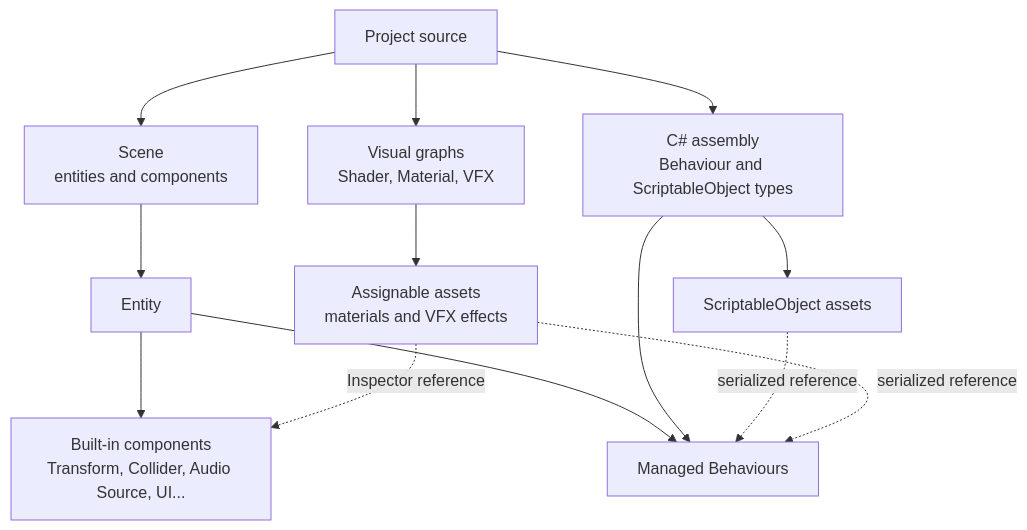
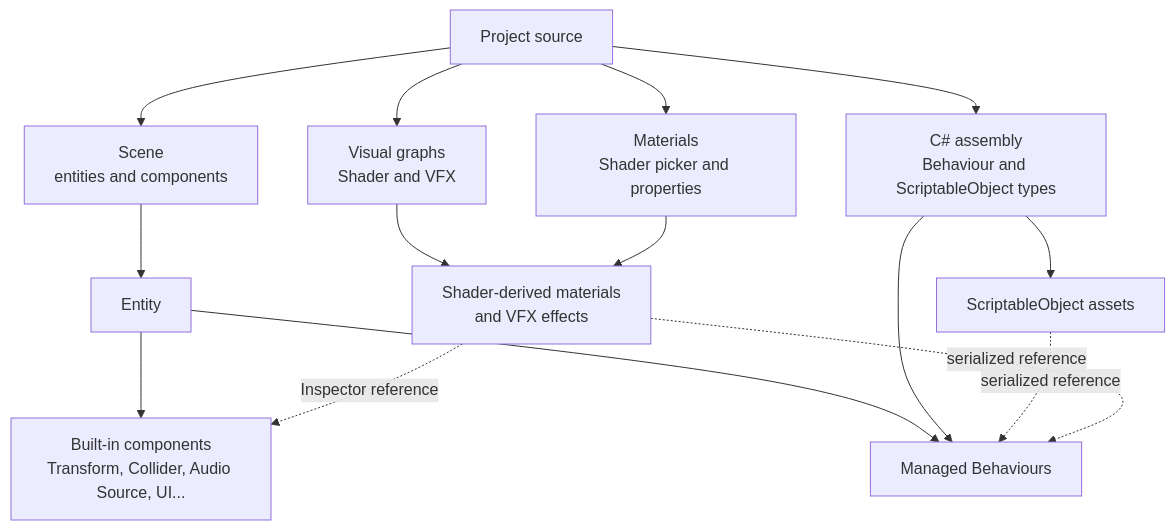
Before and after one commit to hcfgod/KeireEngine: the second of 6 diagrams in Docs/Manual/VisualWorkflowMaps.md, drawn with Mermaid. The commit also changed other lines of this file and 75 other files, not shown here.

````diff
--- a/Docs/Manual/VisualWorkflowMaps.md
+++ b/Docs/Manual/VisualWorkflowMaps.md
@@ -24,15 +24,17 @@
 ```mermaid
 flowchart TB
     Project["Project source"] --> Scene["Scene<br/>entities and components"]
     Project --> Script["C# assembly<br/>Behaviour and ScriptableObject types"]
-    Project --> Graphs["Visual graphs<br/>Shader, Material, VFX"]
+    Project --> Graphs["Visual graphs<br/>Shader and VFX"]
+    Project --> Materials["Materials<br/>Shader picker and properties"]
     Scene --> Entity["Entity"]
     Entity --> Native["Built-in components<br/>Transform, Collider, Audio Source, UI..."]
     Entity --> Behaviour["Managed Behaviours"]
     Script --> Behaviour
     Script --> Data["ScriptableObject assets"]
-    Graphs --> Assign["Assignable assets<br/>materials and VFX effects"]
+    Graphs --> Assign["Shader-derived materials<br/>and VFX effects"]
+    Materials --> Assign
     Data -. "serialized reference" .-> Behaviour
     Assign -. "Inspector reference" .-> Native
     Assign -. "serialized reference" .-> Behaviour
 ```
````
